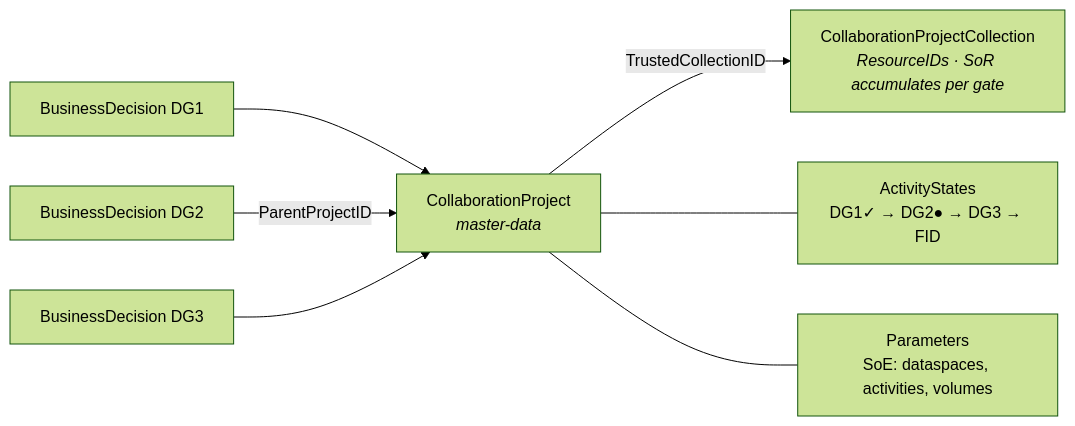
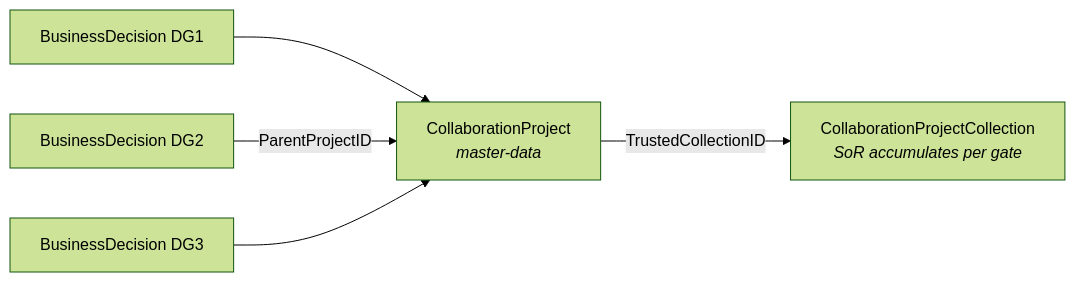
One commit to marcusapel/ores changed the first of 6 diagrams in md/PWS.md. Above: the diagram before and after it, drawn with Mermaid (forest theme). The commit also changed other lines of this file and 1 other file, not shown here.

````diff
--- a/md/PWS.md
+++ b/md/PWS.md
@@ -29,9 +15,7 @@
 ```mermaid
 graph LR
   DG1["BusinessDecision DG1"] --> CP["CollaborationProject<br/><i>master-data</i>"]
   DG2["BusinessDecision DG2"] -->|ParentProjectID| CP
   DG3["BusinessDecision DG3"] --> CP
-  CP -->|TrustedCollectionID| TC["CollaborationProjectCollection<br/><i>ResourceIDs · SoR accumulates per gate</i>"]
-  CP --- AS["ActivityStates<br/>DG1✓ → DG2● → DG3 → FID"]
-  CP --- P["Parameters<br/>SoE: dataspaces, activities, volumes"]
+  CP -->|TrustedCollectionID| TC["CollaborationProjectCollection<br/><i>SoR accumulates per gate</i>"]
 ```
````
